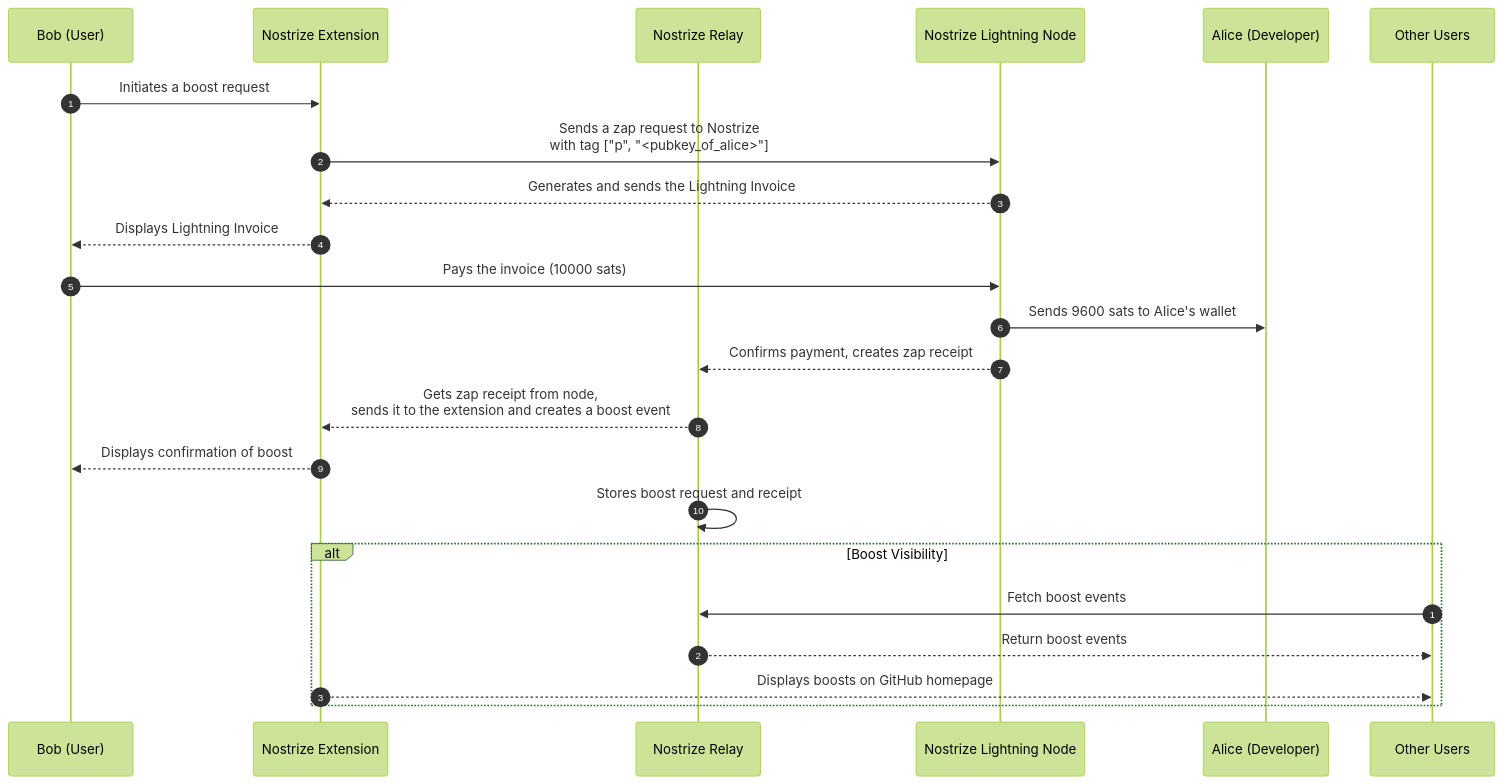
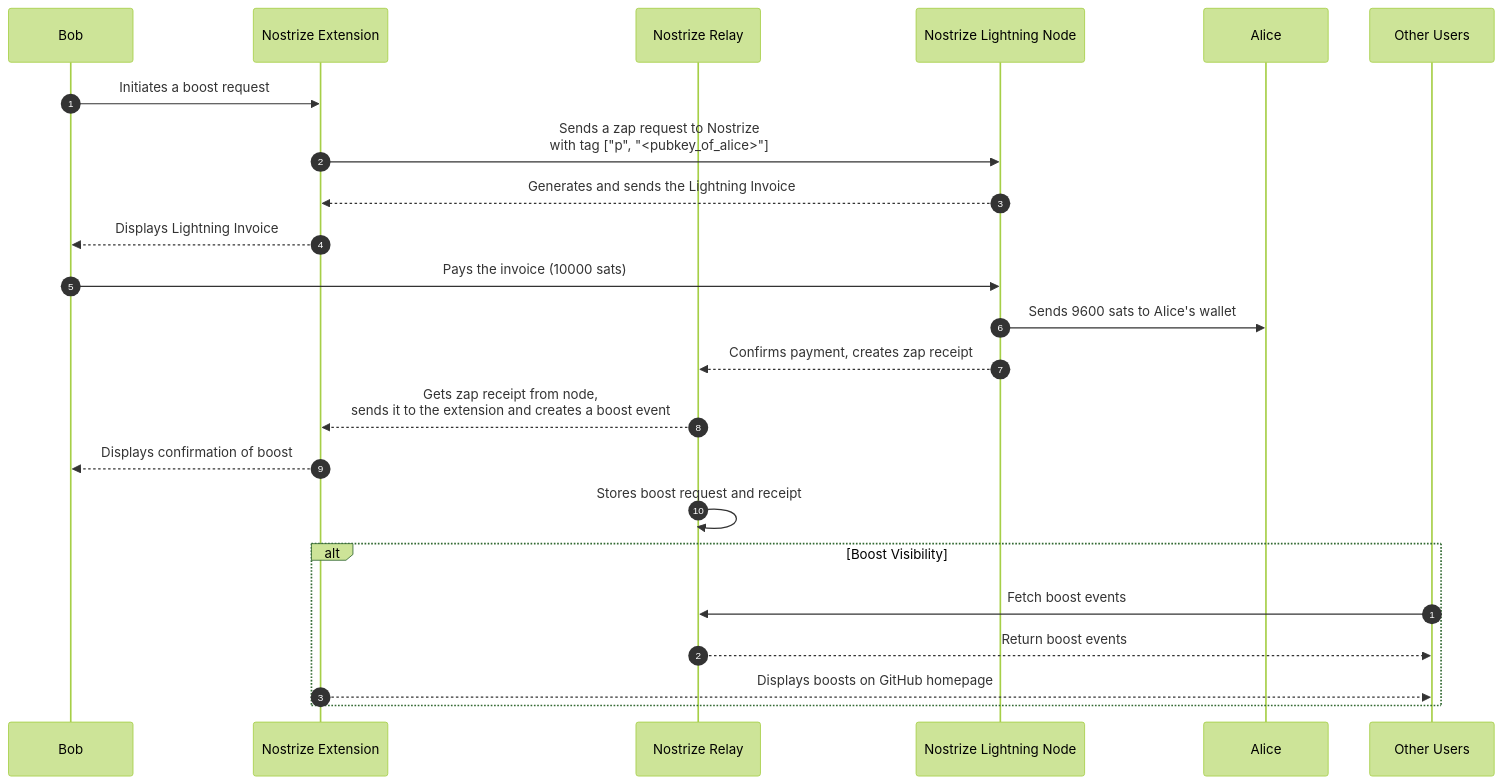
One commit to nostrize/extension changed the diagram in README.md. Above: the diagram before and after it, drawn with Mermaid (forest theme).

````diff
--- a/README.md
+++ b/README.md
@@ -47,28 +47,28 @@
 ```mermaid
 sequenceDiagram
     autonumber
-    participant Bob as Bob (User)
+    participant Bob as Bob
     participant Extension as Nostrize Extension
     participant NostrizeRelay as Nostrize Relay
     participant NostrizeNode as Nostrize Lightning Node
-    participant Alice as Alice (Developer)
+    participant Alice as Alice
 
     Bob->>Extension: Initiates a boost request
     Extension->>NostrizeNode: Sends a zap request to Nostrize<br />with tag ["p", "<pubkey_of_alice>"]
     NostrizeNode-->>Extension: Generates and sends the Lightning Invoice
     Extension-->>Bob: Displays Lightning Invoice
     Bob->>NostrizeNode: Pays the invoice (10000 sats)
     NostrizeNode->>Alice: Sends 9600 sats to Alice's wallet
     NostrizeNode-->>NostrizeRelay: Confirms payment, creates zap receipt
     NostrizeRelay-->>Extension: Gets zap receipt from node,<br />sends it to the extension and creates a boost event
     Extension-->>Bob: Displays confirmation of boost
     NostrizeRelay->>NostrizeRelay: Stores boost request and receipt
 
     autonumber 1
 
     alt Boost Visibility
         Other Users->>NostrizeRelay: Fetch boost events
         NostrizeRelay-->>Other Users: Return boost events
         Extension-->>Other Users: Displays boosts on GitHub homepage
     end
 ```
````
